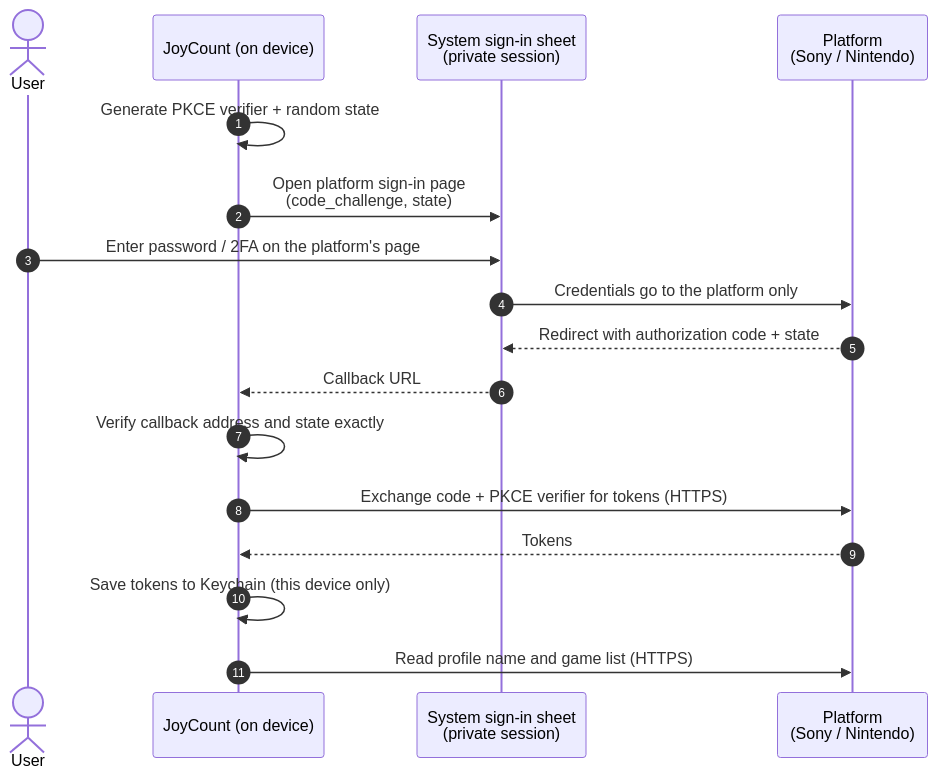
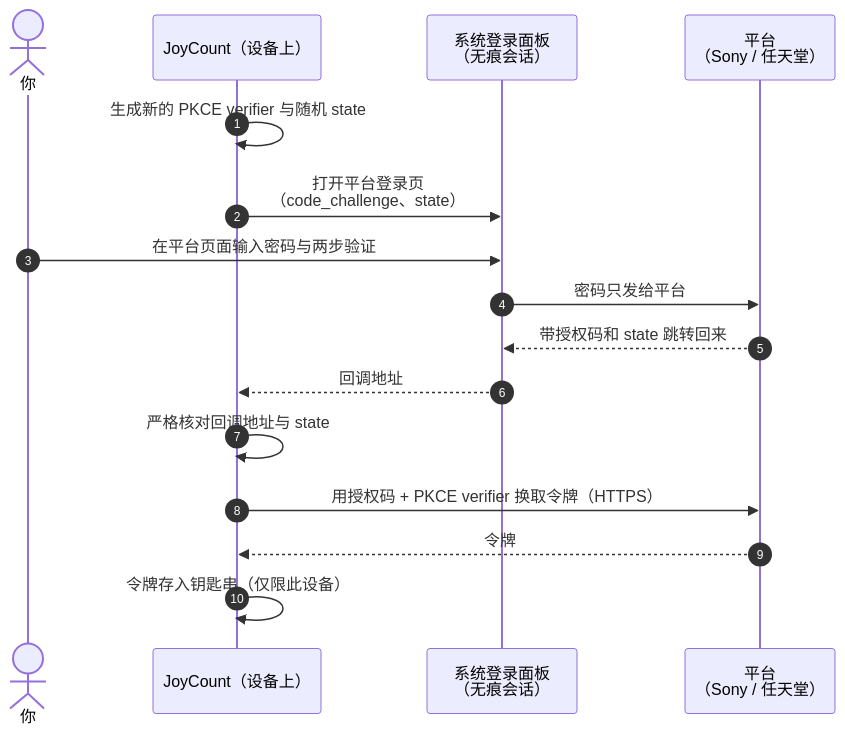
One commit to henryverse/joycount-security changed the first of 3 diagrams in README.zh-Hans.md. Above: the diagram before and after it, drawn with Mermaid. The commit also changed other lines of this file and 1 other file, not shown here.

First line of the commit message:
Replace the 3.0.2 Auto Match review with the JoyCount 3.1 Security & Privacy Report

````diff
--- a/README.zh-Hans.md
+++ b/README.zh-Hans.md
@@ -77,20 +109,19 @@
 ```mermaid
 sequenceDiagram
     autonumber
-    actor U as User
-    participant A as JoyCount (on device)
-    participant S as System sign-in sheet<br/>(private session)
-    participant P as Platform<br/>(Sony / Nintendo)
+    actor U as 你
+    participant A as JoyCount（设备上）
+    participant S as 系统登录面板<br/>（无痕会话）
+    participant P as 平台<br/>（Sony / 任天堂）
 
-    A->>A: Generate PKCE verifier + random state
-    A->>S: Open platform sign-in page<br/>(code_challenge, state)
-    U->>S: Enter password / 2FA on the platform's page
-    S->>P: Credentials go to the platform only
-    P-->>S: Redirect with authorization code + state
-    S-->>A: Callback URL
-    A->>A: Verify callback address and state exactly
-    A->>P: Exchange code + PKCE verifier for tokens (HTTPS)
-    P-->>A: Tokens
-    A->>A: Save tokens to Keychain (this device only)
-    A->>P: Read profile name and game list (HTTPS)
+    A->>A: 生成新的 PKCE verifier 与随机 state
+    A->>S: 打开平台登录页<br/>（code_challenge、state）
+    U->>S: 在平台页面输入密码与两步验证
+    S->>P: 密码只发给平台
+    P-->>S: 带授权码和 state 跳转回来
+    S-->>A: 回调地址
+    A->>A: 严格核对回调地址与 state
+    A->>P: 用授权码 + PKCE verifier 换取令牌（HTTPS）
+    P-->>A: 令牌
+    A->>A: 令牌存入钥匙串（仅限此设备）
 ```
````
